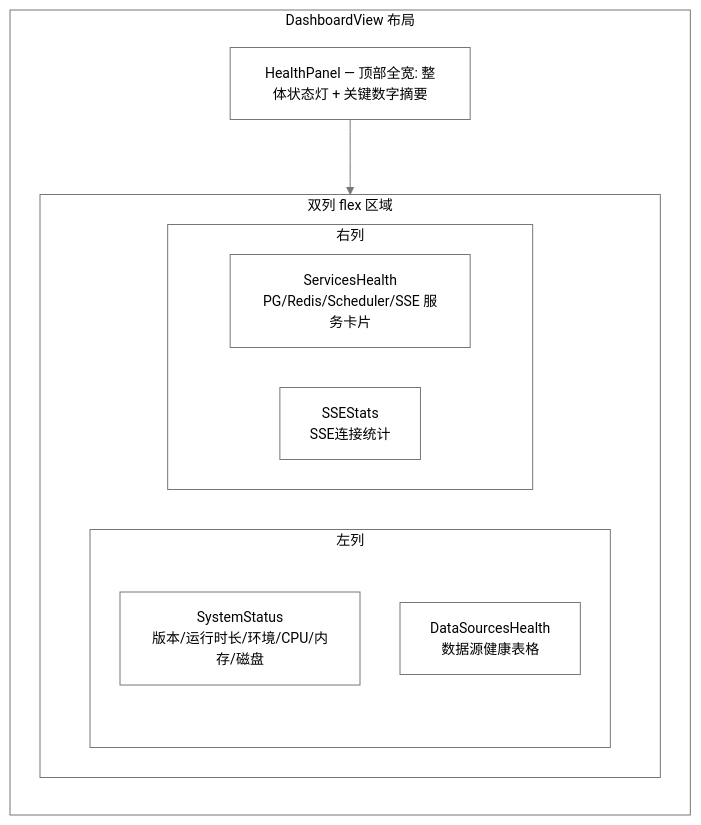
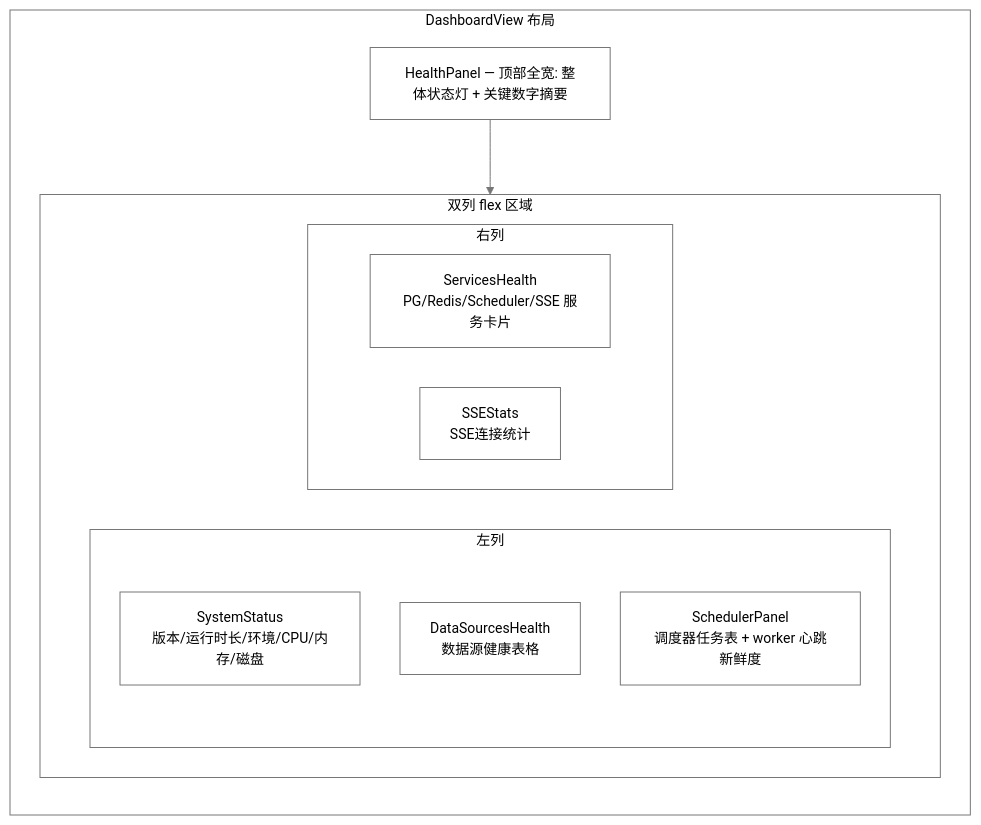
The third of 3 diagrams in docs/dev-guide/design/dashboard-tab.md (onceme/instantboard), drawn with Mermaid before and after one commit. The commit also changed other lines of this file and 6 other files, not shown here.

Commit message:
feat: add scheduler panel to dashboard

````diff
--- a/docs/dev-guide/design/dashboard-tab.md
+++ b/docs/dev-guide/design/dashboard-tab.md
@@ -195,18 +195,19 @@
 ```mermaid
 %%{init: {"theme": "base", "themeVariables": {"primaryColor": "#ffffff", "primaryTextColor": "#000000", "primaryBorderColor": "#767676", "lineColor": "#767676", "arrowheadColor": "#767676", "secondaryColor": "#ffffff", "secondaryTextColor": "#000000", "secondaryBorderColor": "#767676", "tertiaryColor": "#ffffff", "tertiaryTextColor": "#000000", "tertiaryBorderColor": "#767676", "edgeLabelBackground": "#ffffff", "textColor": "#000000", "nodeTextColor": "#000000", "mainBkg": "#ffffff", "nodeBorder": "#767676", "clusterBkg": "#ffffff", "clusterBdr": "#767676", "clusterTextColor": "#000000", "titleColor": "#000000", "fontSize": "14px"}, "flowchart": {"nodeSpacing": 40, "rankSpacing": 50, "wrappingWidth": 180, "useMaxWidth": true}}}%%
 graph LR
   subgraph dashboard["DashboardView 布局"]
     HP["HealthPanel — 顶部全宽: 整体状态灯 + 关键数字摘要"]
     subgraph cols["双列 flex 区域"]
       subgraph left["左列"]
         SS["SystemStatus<br/>版本/运行时长/环境/CPU/内存/磁盘"]
         DSH["DataSourcesHealth<br/>数据源健康表格"]
+        SP["SchedulerPanel<br/>调度器任务表 + worker 心跳新鲜度"]
       end
       subgraph right["右列"]
         SVH["ServicesHealth<br/>PG/Redis/Scheduler/SSE 服务卡片"]
         SSESt["SSEStats<br/>SSE连接统计"]
       end
     end
     HP --> cols
   end
 ```
````
